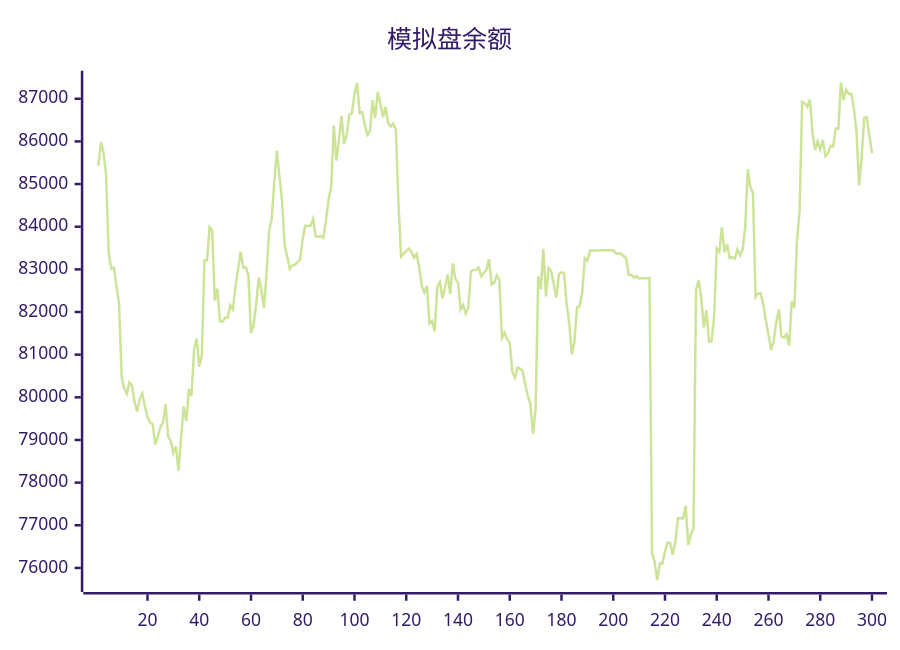
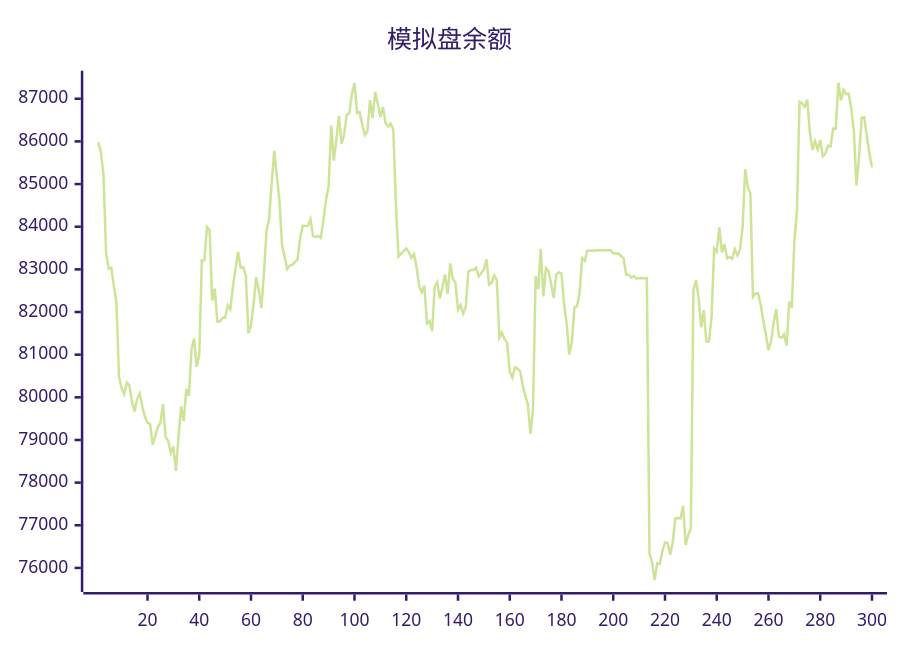
One commit to aahl/ai-trading changed the diagram in README.md. Above: the diagram before and after it, drawn with Mermaid (forest theme). The commit also changed other lines of this file and 1 other file, not shown here.

````diff
--- a/README.md
+++ b/README.md
@@ -5,5 +5,5 @@
 ```mermaid
 xychart
     title "模拟盘余额"
-    line [85430,85983,85737,85221,83378,83014,83043,82613,82216,80477,80208,80081,80348,80277,79894,79670,79965,80093,79786,79542,79406,79371,78893,79087,79304,79406,79841,79072,78978,78696,78846,78272,79085,79787,79442,80198,80031,81120,81379,80718,80985,83214,83212,83993,83921,82270,82547,81776,81776,81866,81866,82158,82061,82596,83000,83408,83041,83050,82858,81503,81691,82188,82812,82517,82092,82901,83898,84180,85030,85781,85178,84604,83569,83298,83008,83093,83107,83175,83228,83729,84025,84017,84019,84177,83775,83762,83785,83738,84160,84639,84939,86370,85548,86046,86599,85942,86161,86622,86664,87115,87369,86666,86685,86384,86152,86243,86969,86548,87164,86885,86566,86809,86427,86348,86417,86273,84538,83299,83369,83430,83490,83404,83270,83362,83056,82605,82459,82614,81734,81788,81551,82598,82702,82320,82580,82878,82426,83139,82778,82686,82056,82166,81963,82110,82951,82983,82984,83038,82838,82915,82998,83235,82642,82682,82858,82746,81396,81512,81362,81277,80600,80461,80699,80673,80616,80288,80038,79836,79142,79722,82837,82533,83480,82366,83032,82960,82654,82330,82883,82934,82901,82188,81728,81005,81298,82110,82135,82449,83264,83203,83440,83439,83440,83440,83446,83447,83448,83447,83448,83449,83369,83369,83369,83313,83256,82872,82873,82801,82844,82785,82791,82791,82793,82794,76339,76145,75714,76110,76096,76397,76594,76585,76310,76607,77160,77170,77160,77456,76541,76774,76927,82520,82744,82337,81639,82040,81307,81314,81887,83490,83414,83984,83396,83594,83261,83287,83253,83470,83327,83465,83987,85348,84930,84786,82355,82433,82438,82167,81795,81466,81105,81315,81756,82064,81426,81398,81481,81210,82242,82099,83658,84359,86925,86892,86814,86980,86203,85802,86003,85811,86028,85657,85721,85896,85880,86300,86299,87378,86965,87214,87115,87118,86780,86238,84966,85623,86555,86562,86129,85722]
+    line [85983,85737,85221,83378,83014,83043,82613,82216,80477,80208,80081,80348,80277,79894,79670,79965,80093,79786,79542,79406,79371,78893,79087,79304,79406,79841,79072,78978,78696,78846,78272,79085,79787,79442,80198,80031,81120,81379,80718,80985,83214,83212,83993,83921,82270,82547,81776,81776,81866,81866,82158,82061,82596,83000,83408,83041,83050,82858,81503,81691,82188,82812,82517,82092,82901,83898,84180,85030,85781,85178,84604,83569,83298,83008,83093,83107,83175,83228,83729,84025,84017,84019,84177,83775,83762,83785,83738,84160,84639,84939,86370,85548,86046,86599,85942,86161,86622,86664,87115,87369,86666,86685,86384,86152,86243,86969,86548,87164,86885,86566,86809,86427,86348,86417,86273,84538,83299,83369,83430,83490,83404,83270,83362,83056,82605,82459,82614,81734,81788,81551,82598,82702,82320,82580,82878,82426,83139,82778,82686,82056,82166,81963,82110,82951,82983,82984,83038,82838,82915,82998,83235,82642,82682,82858,82746,81396,81512,81362,81277,80600,80461,80699,80673,80616,80288,80038,79836,79142,79722,82837,82533,83480,82366,83032,82960,82654,82330,82883,82934,82901,82188,81728,81005,81298,82110,82135,82449,83264,83203,83440,83439,83440,83440,83446,83447,83448,83447,83448,83449,83369,83369,83369,83313,83256,82872,82873,82801,82844,82785,82791,82791,82793,82794,76339,76145,75714,76110,76096,76397,76594,76585,76310,76607,77160,77170,77160,77456,76541,76774,76927,82520,82744,82337,81639,82040,81307,81314,81887,83490,83414,83984,83396,83594,83261,83287,83253,83470,83327,83465,83987,85348,84930,84786,82355,82433,82438,82167,81795,81466,81105,81315,81756,82064,81426,81398,81481,81210,82242,82099,83658,84359,86925,86892,86814,86980,86203,85802,86003,85811,86028,85657,85721,85896,85880,86300,86299,87378,86965,87214,87115,87118,86780,86238,84966,85623,86555,86562,86129,85722,85387]
 ```
````
